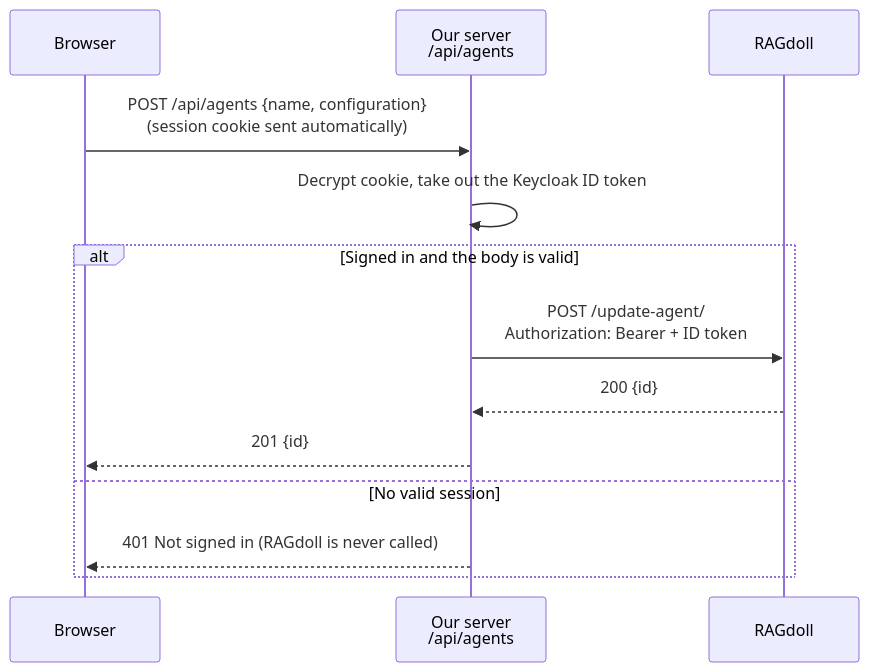
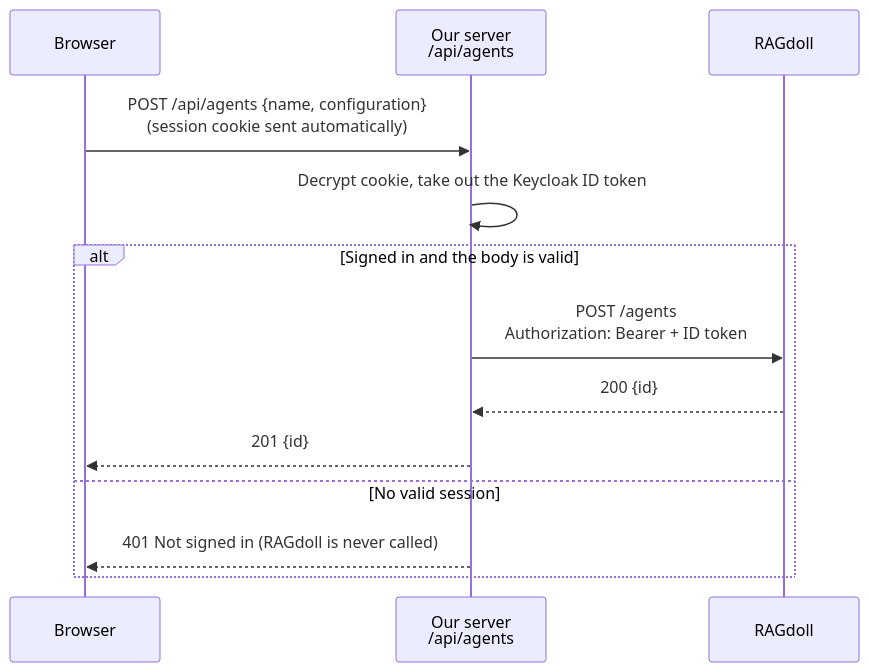
One commit to IMTEL/team-tdt4290-fall-2026 changed the third of 7 diagrams in docs/architecture.md. Above: the diagram before and after it, drawn with Mermaid. The commit also changed other lines of this file and 2 other files, not shown here.

````diff
--- a/docs/architecture.md
+++ b/docs/architecture.md
@@ -160,16 +160,16 @@
 ```mermaid
 sequenceDiagram
     participant B as Browser
     participant N as Our server<br/>/api/agents
     participant R as RAGdoll
 
     B->>N: POST /api/agents {name, configuration}<br/>(session cookie sent automatically)
     N->>N: Decrypt cookie, take out the Keycloak ID token
     alt Signed in and the body is valid
-        N->>R: POST /update-agent/<br/>Authorization: Bearer + ID token
+        N->>R: POST /agents<br/>Authorization: Bearer + ID token
         R-->>N: 200 {id}
         N-->>B: 201 {id}
     else No valid session
         N-->>B: 401 Not signed in (RAGdoll is never called)
     end
 ```
````
